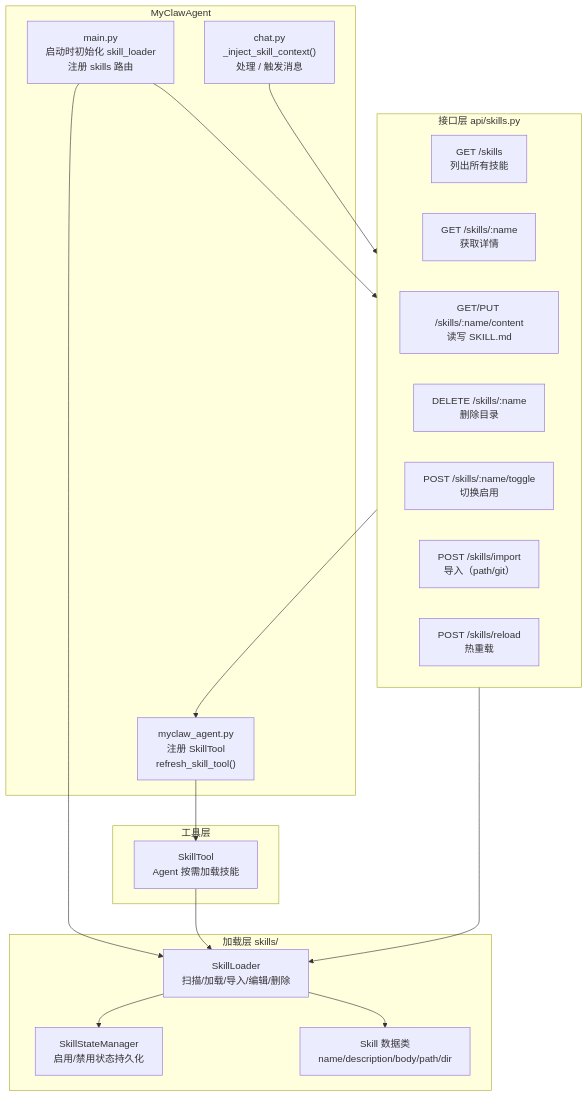
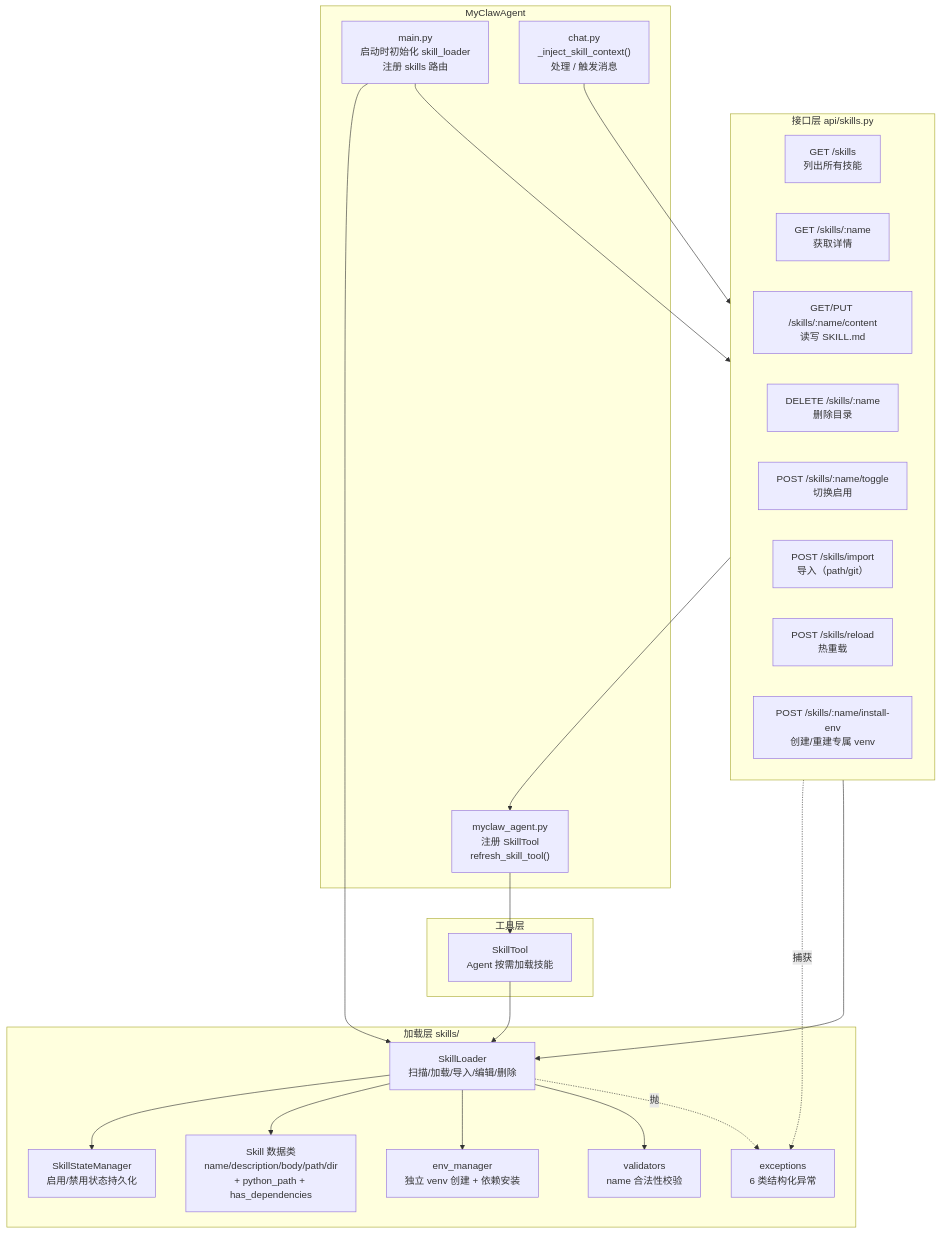
Before and after one commit to promisestar/MyClaw: the first of 15 diagrams in docs/Skill系统实现与升级说明.md, drawn with Mermaid. The commit also changed other lines of this file and 10 other files, not shown here.

````diff
--- a/docs/Skill系统实现与升级说明.md
+++ b/docs/Skill系统实现与升级说明.md
@@ -41,38 +50,46 @@
 ```mermaid
 flowchart TB
     subgraph Loader["加载层 skills/"]
         LDR["SkillLoader<br/>扫描/加载/导入/编辑/删除"]
         SM["SkillStateManager<br/>启用/禁用状态持久化"]
-        SKILL["Skill 数据类<br/>name/description/body/path/dir"]
+        ENV["env_manager<br/>独立 venv 创建 + 依赖安装"]
+        VAL["validators<br/>name 合法性校验"]
+        EXC["exceptions<br/>6 类结构化异常"]
+        SKILL["Skill 数据类<br/>name/description/body/path/dir<br/>+ python_path + has_dependencies"]
     end
 
     subgraph Tool["工具层"]
         ST["SkillTool<br/>Agent 按需加载技能"]
     end
 
     subgraph API["接口层 api/skills.py"]
         LIST["GET /skills<br/>列出所有技能"]
         GET["GET /skills/:name<br/>获取详情"]
         CONTENT["GET/PUT /skills/:name/content<br/>读写 SKILL.md"]
         DELETE["DELETE /skills/:name<br/>删除目录"]
         TOGGLE["POST /skills/:name/toggle<br/>切换启用"]
         IMPORT["POST /skills/import<br/>导入（path/git）"]
         RELOAD["POST /skills/reload<br/>热重载"]
+        INSTALL["POST /skills/:name/install-env<br/>创建/重建专属 venv"]
     end
 
     subgraph Agent["MyClawAgent"]
         MAIN["main.py<br/>启动时初始化 skill_loader<br/>注册 skills 路由"]
         AGT["myclaw_agent.py<br/>注册 SkillTool<br/>refresh_skill_tool()"]
         CHAT["chat.py<br/>_inject_skill_context()<br/>处理 / 触发消息"]
     end
 
     LDR --> SM
     LDR --> SKILL
+    LDR --> ENV
+    LDR --> VAL
+    LDR -.抛.-> EXC
+    API -.捕获.-> EXC
     API --> LDR
     API --> AGT
     ST --> LDR
     AGT --> ST
     MAIN --> LDR
     MAIN --> API
     CHAT --> API
 ```
````
